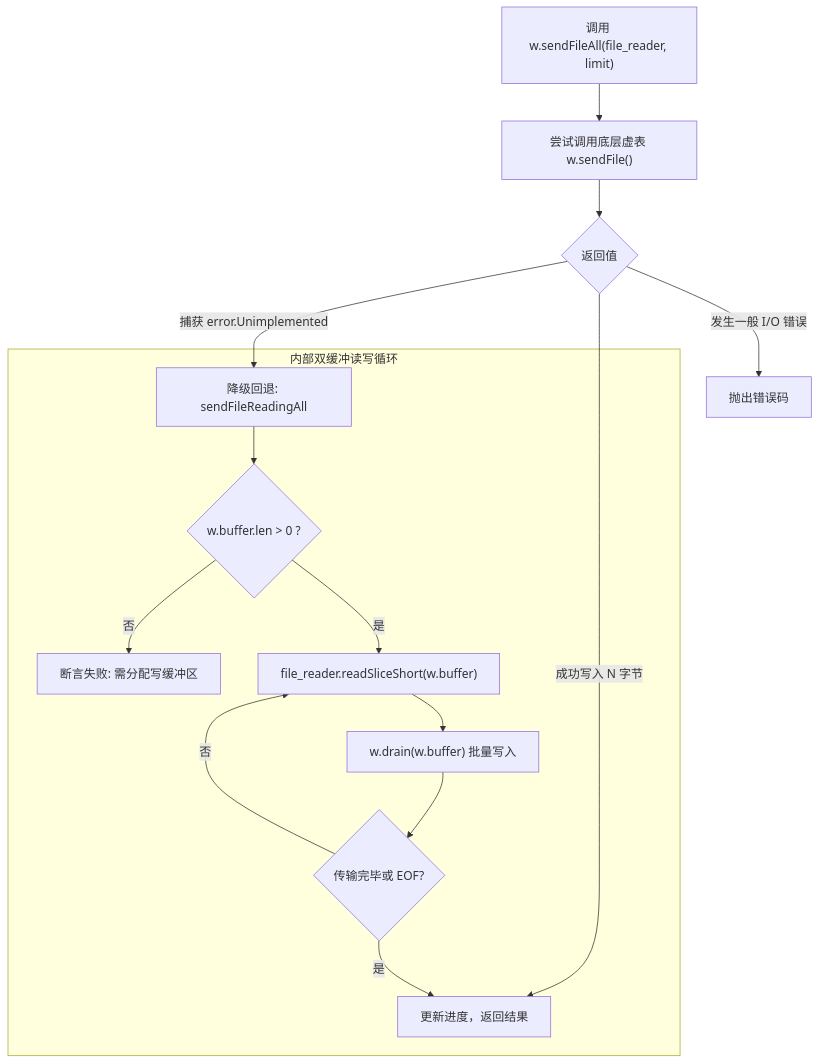
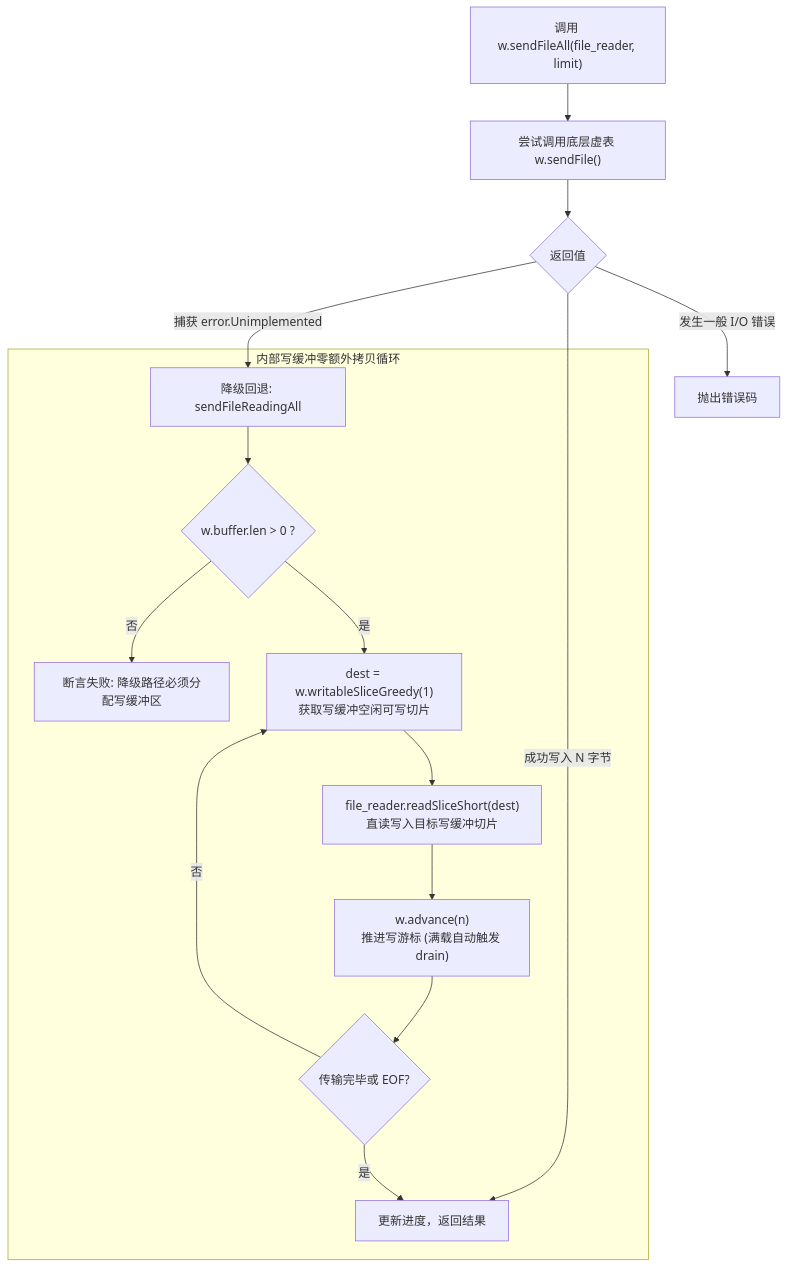
The third of 3 diagrams in zig-io/src/api/streaming-reader-writer.md (jiacai2050/x), drawn with Mermaid before and after one commit. The commit also changed other lines of this file and 65 other files, not shown here.

````diff
--- a/zig-io/src/api/streaming-reader-writer.md
+++ b/zig-io/src/api/streaming-reader-writer.md
@@ -107,20 +107,21 @@
 ```mermaid
 flowchart TD
     Start["调用 w.sendFileAll(file_reader, limit)"] --> TryNative["尝试调用底层虚表 w.sendFile()"]
-    
+
     TryNative --> Result{"返回值"}
     Result -- 成功写入 N 字节 --> Done["更新进度，返回结果"]
     Result -- 发生一般 I/O 错误 --> Err["抛出错误码"]
-    
+
     Result -- 捕获 error.Unimplemented --> Fallback["降级回退: sendFileReadingAll"]
-    
-    subgraph FallbackLoop ["内部双缓冲读写循环"]
+
+    subgraph FallbackLoop ["内部写缓冲零额外拷贝循环"]
         Fallback --> CheckBuf{"w.buffer.len > 0 ?"}
-        CheckBuf -- 否 --> PanicBuf["断言失败: 需分配写缓冲区"]
-        CheckBuf -- 是 --> Read["file_reader.readSliceShort(w.buffer)"]
-        Read --> Drain["w.drain(w.buffer) 批量写入"]
-        Drain --> CheckFinish{"传输完毕或 EOF?"}
-        CheckFinish -- 否 --> Read
+        CheckBuf -- 否 --> PanicBuf["断言失败: 降级路径必须分配写缓冲区"]
+        CheckBuf -- 是 --> GetDest["dest = w.writableSliceGreedy(1)<br/>获取写缓冲空闲可写切片"]
+        GetDest --> Read["file_reader.readSliceShort(dest)<br/>直读写入目标写缓冲切片"]
+        Read --> Adv["w.advance(n)<br/>推进写游标 (满载自动触发 drain)"]
+        Adv --> CheckFinish{"传输完毕或 EOF?"}
+        CheckFinish -- 否 --> GetDest
         CheckFinish -- 是 --> Done
     end
 ```
````
